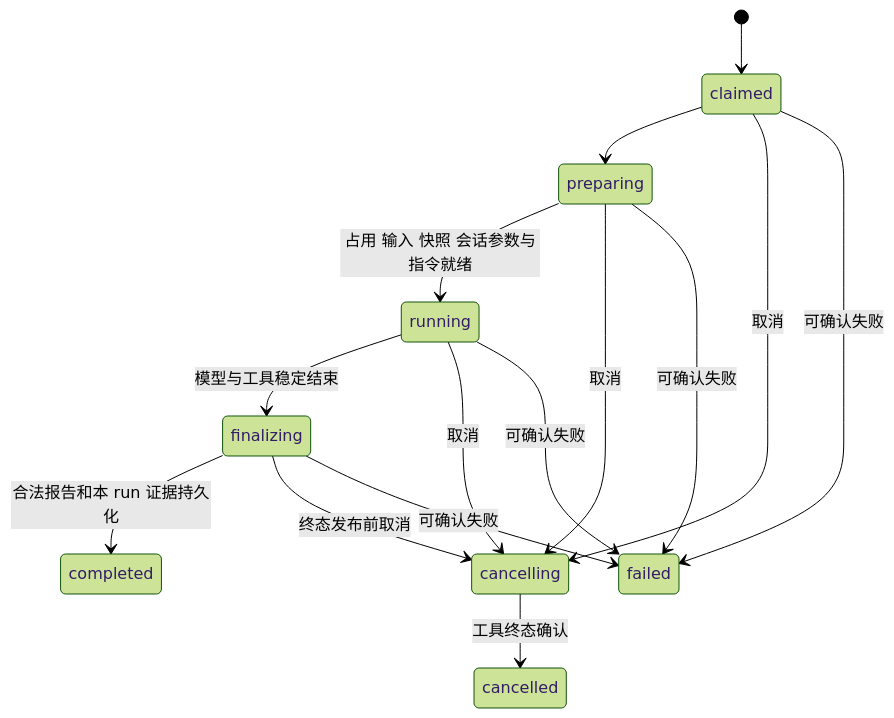
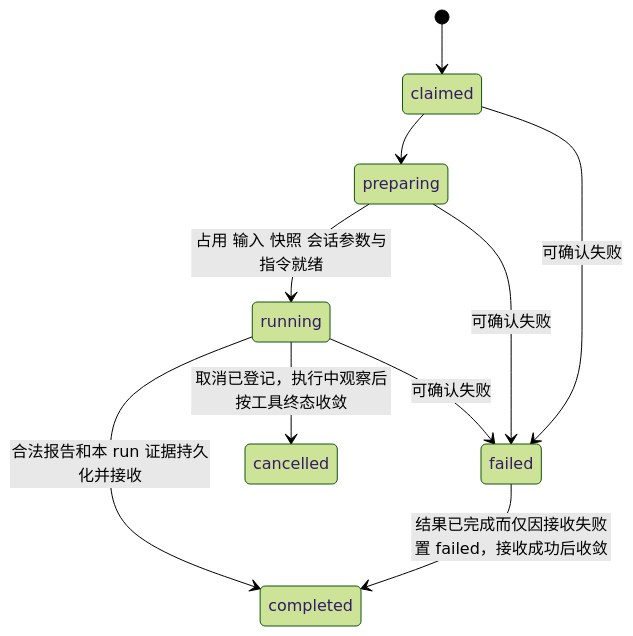
One commit to 6spot/knit changed the diagram in STATES.md. Above: the diagram before and after it, drawn with Mermaid (forest theme). The commit also changed other lines of this file and 7 other files, not shown here.

````diff
--- a/STATES.md
+++ b/STATES.md
@@ -74,17 +74,12 @@
 ```mermaid
 stateDiagram-v2
     [*] --> claimed
     claimed --> preparing
     preparing --> running: 占用 输入 快照 会话参数与指令就绪
-    running --> finalizing: 模型与工具稳定结束
-    finalizing --> completed: 合法报告和本 run 证据持久化
-    claimed --> cancelling: 取消
-    preparing --> cancelling: 取消
-    running --> cancelling: 取消
-    finalizing --> cancelling: 终态发布前取消
-    cancelling --> cancelled: 工具终态确认
+    running --> completed: 合法报告和本 run 证据持久化并接收
+    running --> cancelled: 取消已登记，执行中观察后按工具终态收敛
     claimed --> failed: 可确认失败
     preparing --> failed: 可确认失败
     running --> failed: 可确认失败
-    finalizing --> failed: 可确认失败
+    failed --> completed: 结果已完成而仅因接收失败置 failed，接收成功后收敛
 ```
````
